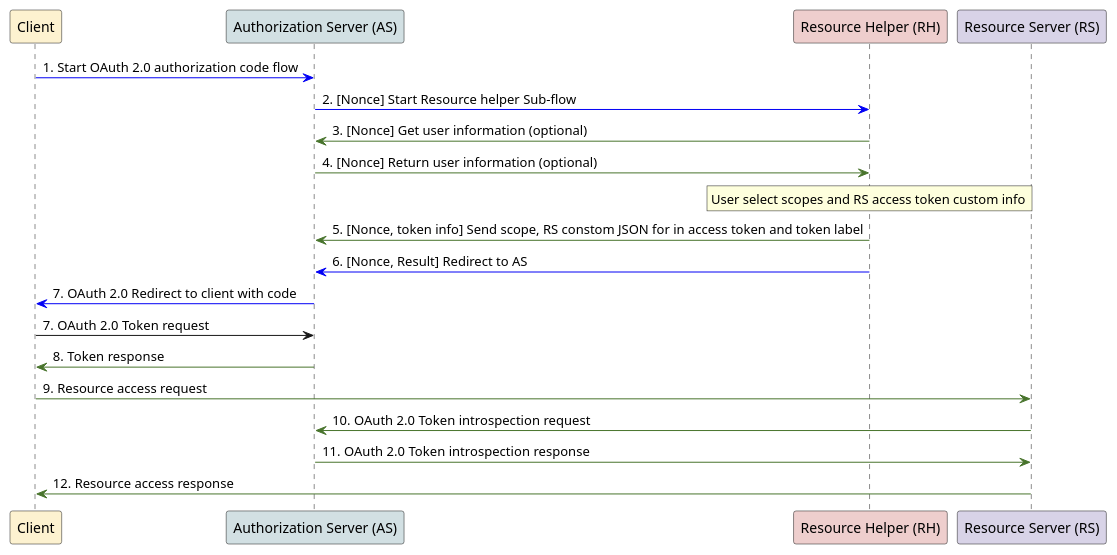
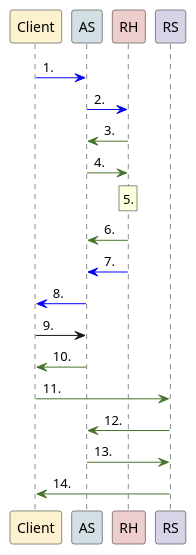
The diagram in phase-3/swimlanes-no-colors.puml (SURFnet/surf-token-based-access), drawn with PlantUML before and after one commit. The commit also changed 5 other files, not shown here.

```diff
--- a/phase-3/swimlanes-no-colors.puml
+++ b/phase-3/swimlanes-no-colors.puml
@@ -1,29 +1,29 @@
 @startuml swimlanes
 participant "Client" as C #fdf2d0
-participant "Authorization Server (AS)" as AS #d2e0e3
-participant "Resource Helper (RH)" as RH #eececd
-participant "Resource Server (RS)" as RS #d8d3e7
-C -[#0200f5]> AS: 1. Start OAuth 2.0 authorization code flow
+participant "AS" as AS #d2e0e3
+participant "RH" as RH #eececd
+participant "RS" as RS #d8d3e7
+C -[#0200f5]> AS: 1.
 
-AS -[#0200f5]> RH: 2. [Nonce] Start Resource helper Sub-flow
+AS -[#0200f5]> RH: 2.
 
-RH -[#48742c]> AS: 3. [Nonce] Get user information (optional)
+RH -[#48742c]> AS: 3.
 
-AS -[#48742c]> RH: 4. [Nonce] Return user information (optional)
+AS -[#48742c]> RH: 4.
 
 rnote over RH
-  User select scopes and RS access token custom info 
+  5.
 end note
 
-RH -[#48742c]> AS: 5. [Nonce, token info] Send scope, RS constom JSON for in access token and token label
+RH -[#48742c]> AS: 6.
 
-RH -[#0200f5]> AS: 6. [Nonce, Result] Redirect to AS 
+RH -[#0200f5]> AS: 7.
 
-AS -[#0200f5]> C: 7. OAuth 2.0 Redirect to client with code
-C -> AS: 7. OAuth 2.0 Token request
-AS -[#48742c]> C: 8. Token response
-C -[#48742c]> RS: 9. Resource access request
-RS -[#48742c]> AS: 10. OAuth 2.0 Token introspection request
-AS -[#48742c]> RS: 11. OAuth 2.0 Token introspection response
-RS -[#48742c]> C: 12. Resource access response
+AS -[#0200f5]> C: 8.
+C -> AS: 9.
+AS -[#48742c]> C: 10.
+C -[#48742c]> RS: 11.
+RS -[#48742c]> AS: 12.
+AS -[#48742c]> RS: 13.
+RS -[#48742c]> C: 14.
 @enduml
```
